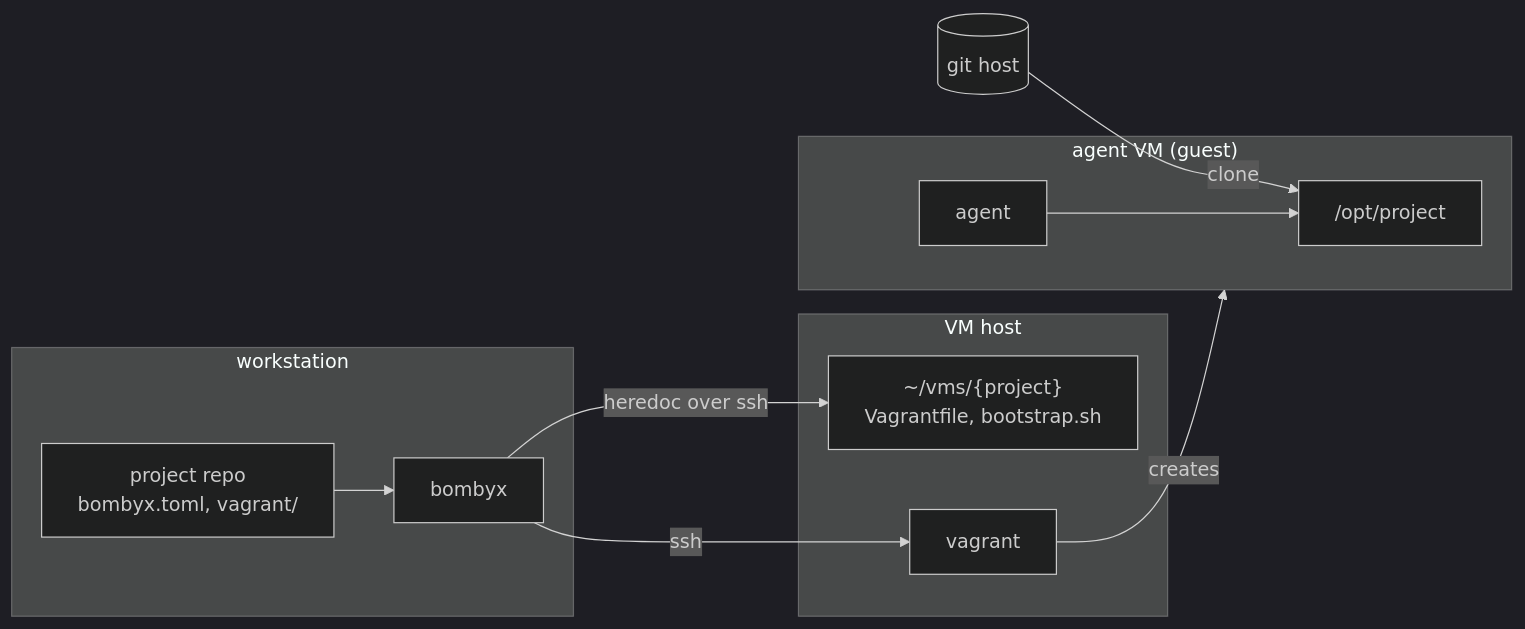
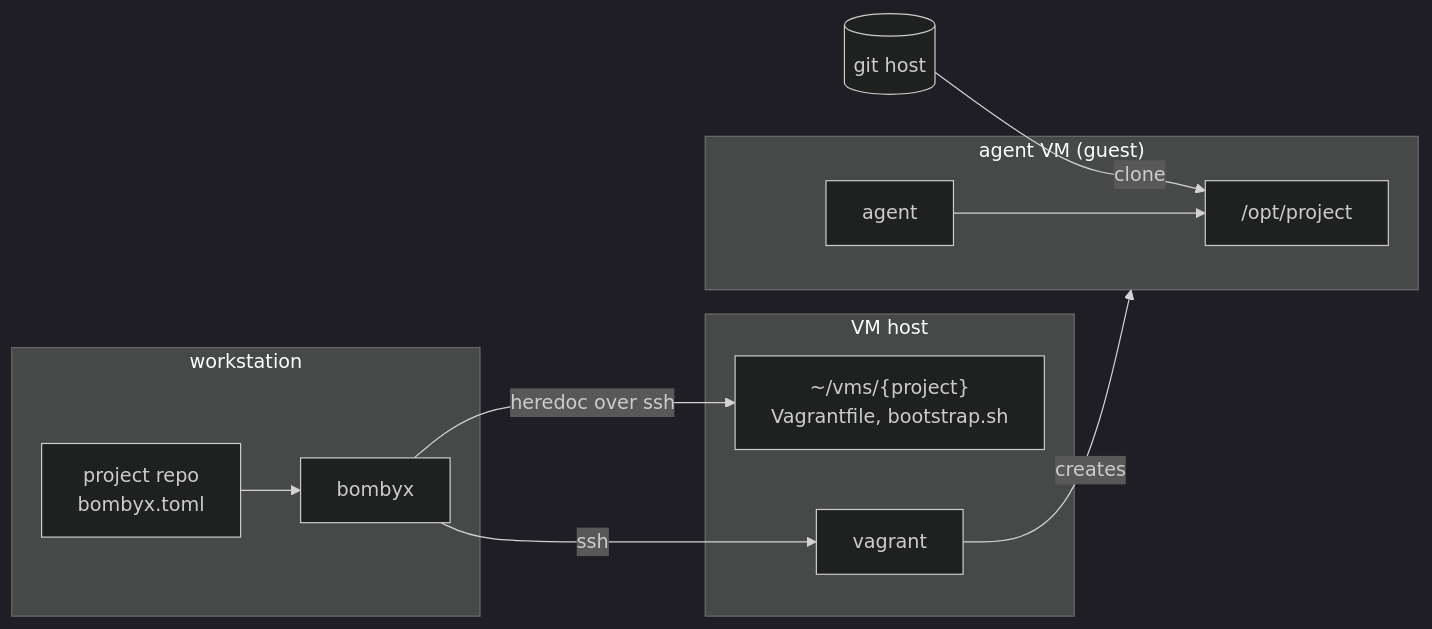
One commit to breki/bombyx changed the first of 6 diagrams in docs/architecture.md. Above: the diagram before and after it, drawn with Mermaid (dark theme). The commit also changed other lines of this file and 16 other files, not shown here.

````diff
--- a/docs/architecture.md
+++ b/docs/architecture.md
@@ -9,26 +9,26 @@
 ```mermaid
 flowchart LR
   subgraph ws["workstation"]
-    repo["project repo<br/>bombyx.toml, vagrant/"]
+    repo["project repo<br/>bombyx.toml"]
     cli["bombyx"]
   end
 
   subgraph host["VM host"]
     dir["~/vms/{project}<br/>Vagrantfile, bootstrap.sh"]
     vg["vagrant"]
   end
 
   subgraph guest["agent VM (guest)"]
     clone["/opt/project"]
     agent["agent"]
   end
 
   git[("git host")]
 
   repo --> cli
   cli -- ssh --> vg
   cli -- "heredoc over ssh" --> dir
   vg -- creates --> guest
   git -- clone --> clone
   agent --> clone
 ```
````
